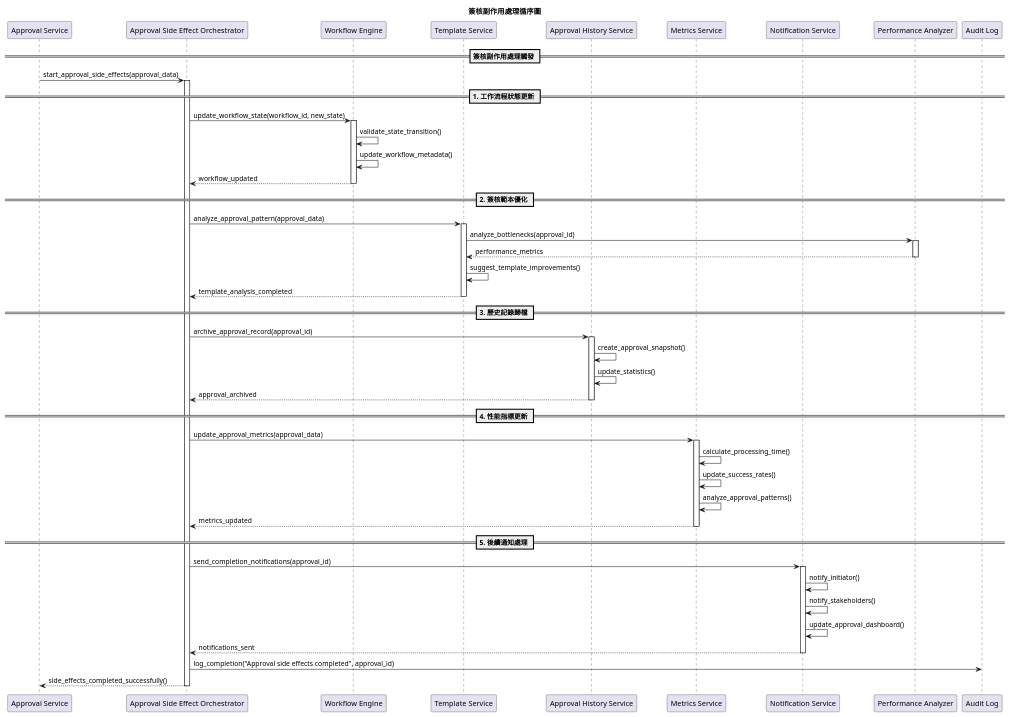
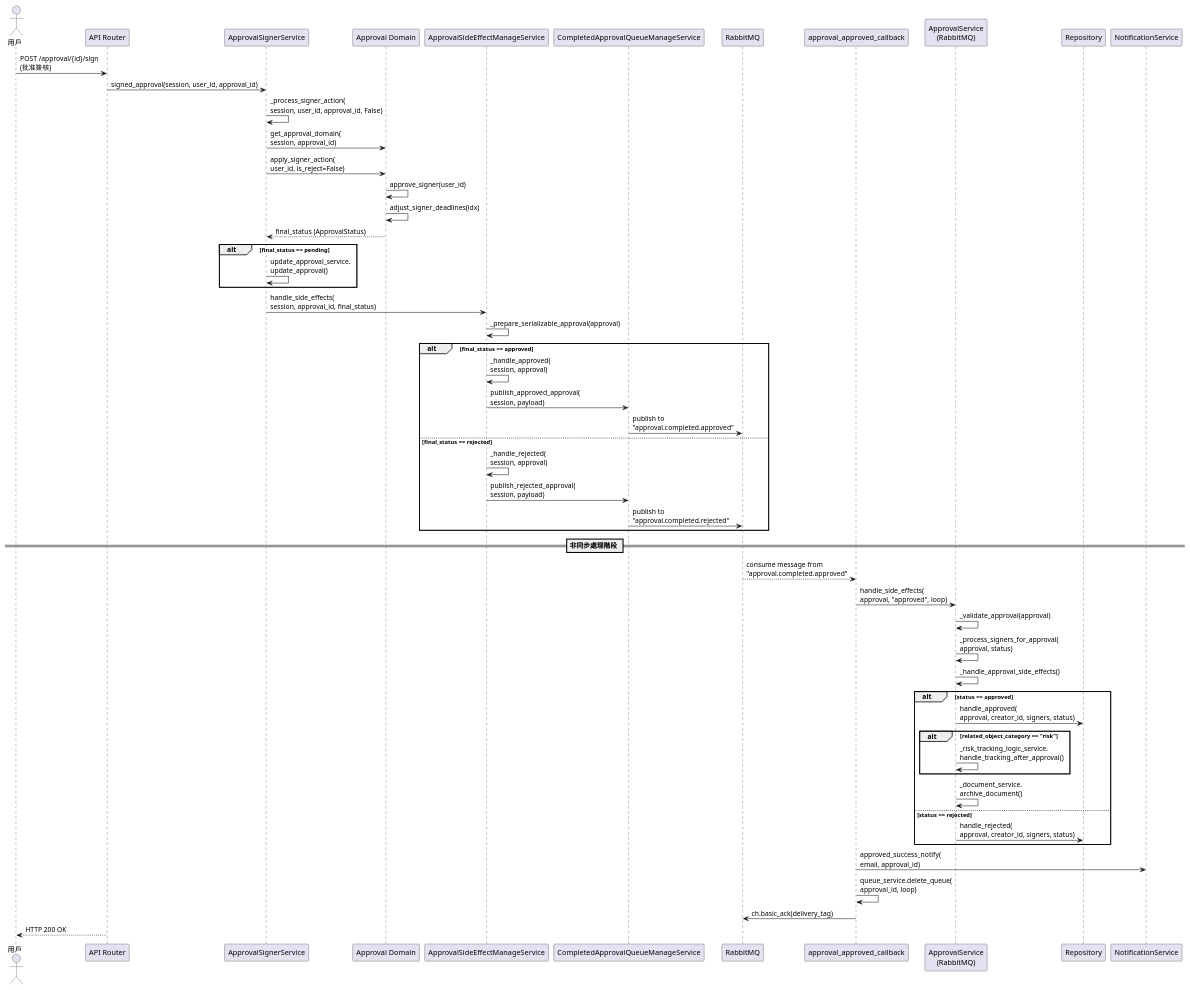
One commit to walle45611/NTUB_SecuManag_Diagram changed the diagram in plantUML/sequence/approval_side_effect.puml. Above: the diagram before and after it, drawn with PlantUML. The commit also changed 4 other files, not shown here.

First line of the commit message:
Refactor side effect handling sequence diagrams for risk, role, and user categories

```diff
--- a/plantUML/sequence/approval_side_effect.puml
+++ b/plantUML/sequence/approval_side_effect.puml
@@ -1,73 +1,67 @@
-@startuml 簽核副作用處理
-title 簽核副作用處理循序圖
+  @startuml
 
-participant "Approval Service" as ApprovalSvc
-participant "Approval Side Effect Orchestrator" as Orchestrator
-participant "Workflow Engine" as WorkflowEngine
-participant "Template Service" as TemplateSvc
-participant "Approval History Service" as HistorySvc
-participant "Metrics Service" as MetricsSvc
-participant "Notification Service" as NotifySvc
-participant "Performance Analyzer" as PerfAnalyzer
-participant "Audit Log" as AuditLog
+  actor User as "用戶"
+  participant API as "API Router"
+  participant Signer as "ApprovalSignerService"
+  participant Domain as "Approval Domain"
+  participant SideEffect as "ApprovalSideEffectManageService"
+  participant Queue as "CompletedApprovalQueueManageService"
+  participant RabbitMQ as "RabbitMQ"
+  participant Consumer as "approval_approved_callback"
+  participant ApprovalSvc as "ApprovalService\n(RabbitMQ)"
+  participant Repo as "Repository"
+  participant Email as "NotificationService"
 
-== 簽核副作用處理觸發 ==
+  User -> API: POST /approval/{id}/sign\n(批准簽核)
+  API -> Signer: signed_approval(session, user_id, approval_id)
+  Signer -> Signer: _process_signer_action(\nsession, user_id, approval_id, False)
+  Signer -> Domain: get_approval_domain(\nsession, approval_id)
+  Signer -> Domain: apply_signer_action(\nuser_id, is_reject=False)
+  Domain -> Domain: approve_signer(user_id)
+  Domain -> Domain: adjust_signer_deadlines(idx)
+  Domain --> Signer: final_status (ApprovalStatus)
 
-ApprovalSvc -> Orchestrator : start_approval_side_effects(approval_data)
-activate Orchestrator
+  alt final_status == pending
+      Signer -> Signer: update_approval_service.\nupdate_approval()
+  end
 
-== 1. 工作流程狀態更新 ==
+  Signer -> SideEffect: handle_side_effects(\nsession, approval_id, final_status)
+  SideEffect -> SideEffect: _prepare_serializable_approval(approval)
 
-Orchestrator -> WorkflowEngine : update_workflow_state(workflow_id, new_state)
-activate WorkflowEngine
-WorkflowEngine -> WorkflowEngine : validate_state_transition()
-WorkflowEngine -> WorkflowEngine : update_workflow_metadata()
-WorkflowEngine --> Orchestrator : workflow_updated
-deactivate WorkflowEngine
+  alt final_status == approved
+      SideEffect -> SideEffect: _handle_approved(\nsession, approval)
+      SideEffect -> Queue: publish_approved_approval(\nsession, payload)
+      Queue -> RabbitMQ: publish to\n"approval.completed.approved"
 
-== 2. 簽核範本優化 ==
+  else final_status == rejected
+      SideEffect -> SideEffect: _handle_rejected(\nsession, approval)
+      SideEffect -> Queue: publish_rejected_approval(\nsession, payload)
+      Queue -> RabbitMQ: publish to\n"approval.completed.rejected"
+  end
 
-Orchestrator -> TemplateSvc : analyze_approval_pattern(approval_data)
-activate TemplateSvc
-TemplateSvc -> PerfAnalyzer : analyze_bottlenecks(approval_id)
-activate PerfAnalyzer
-PerfAnalyzer --> TemplateSvc : performance_metrics
-deactivate PerfAnalyzer
-TemplateSvc -> TemplateSvc : suggest_template_improvements()
-TemplateSvc --> Orchestrator : template_analysis_completed
-deactivate TemplateSvc
+  == 非同步處理階段 ==
 
-== 3. 歷史記錄歸檔 ==
+  RabbitMQ --> Consumer: consume message from\n"approval.completed.approved"
+  Consumer -> ApprovalSvc: handle_side_effects(\napproval, "approved", loop)
+  ApprovalSvc -> ApprovalSvc: _validate_approval(approval)
+  ApprovalSvc -> ApprovalSvc: _process_signers_for_approval(\napproval, status)
+  ApprovalSvc -> ApprovalSvc: _handle_approval_side_effects()
 
-Orchestrator -> HistorySvc : archive_approval_record(approval_id)
-activate HistorySvc
-HistorySvc -> HistorySvc : create_approval_snapshot()
-HistorySvc -> HistorySvc : update_statistics()
-HistorySvc --> Orchestrator : approval_archived
-deactivate HistorySvc
+  alt status == approved
+      ApprovalSvc -> Repo: handle_approved(\napproval, creator_id, signers, status)      
+      alt related_object_category == "risk"
+          ApprovalSvc -> ApprovalSvc: _risk_tracking_logic_service.\nhandle_tracking_after_approval()
+      end
 
-== 4. 性能指標更新 ==
+      ApprovalSvc -> ApprovalSvc: _document_service.\narchive_document()
 
-Orchestrator -> MetricsSvc : update_approval_metrics(approval_data)
-activate MetricsSvc
-MetricsSvc -> MetricsSvc : calculate_processing_time()
-MetricsSvc -> MetricsSvc : update_success_rates()
-MetricsSvc -> MetricsSvc : analyze_approval_patterns()
-MetricsSvc --> Orchestrator : metrics_updated
-deactivate MetricsSvc
+  else status == rejected
+      ApprovalSvc -> Repo: handle_rejected(\napproval, creator_id, signers, status)
+  end
 
-== 5. 後續通知處理 ==
+  Consumer -> Email: approved_success_notify(\nemail, approval_id)
+  Consumer -> Consumer: queue_service.delete_queue(\napproval_id, loop)
+  Consumer -> RabbitMQ: ch.basic_ack(delivery_tag)
+  API --> User: HTTP 200 OK
 
-Orchestrator -> NotifySvc : send_completion_notifications(approval_id)
-activate NotifySvc
-NotifySvc -> NotifySvc : notify_initiator()
-NotifySvc -> NotifySvc : notify_stakeholders()
-NotifySvc -> NotifySvc : update_approval_dashboard()
-NotifySvc --> Orchestrator : notifications_sent
-deactivate NotifySvc
-
-Orchestrator -> AuditLog : log_completion("Approval side effects completed", approval_id)
-Orchestrator --> ApprovalSvc : side_effects_completed_successfully()
-deactivate Orchestrator
-
-@enduml
+  @enduml
```
